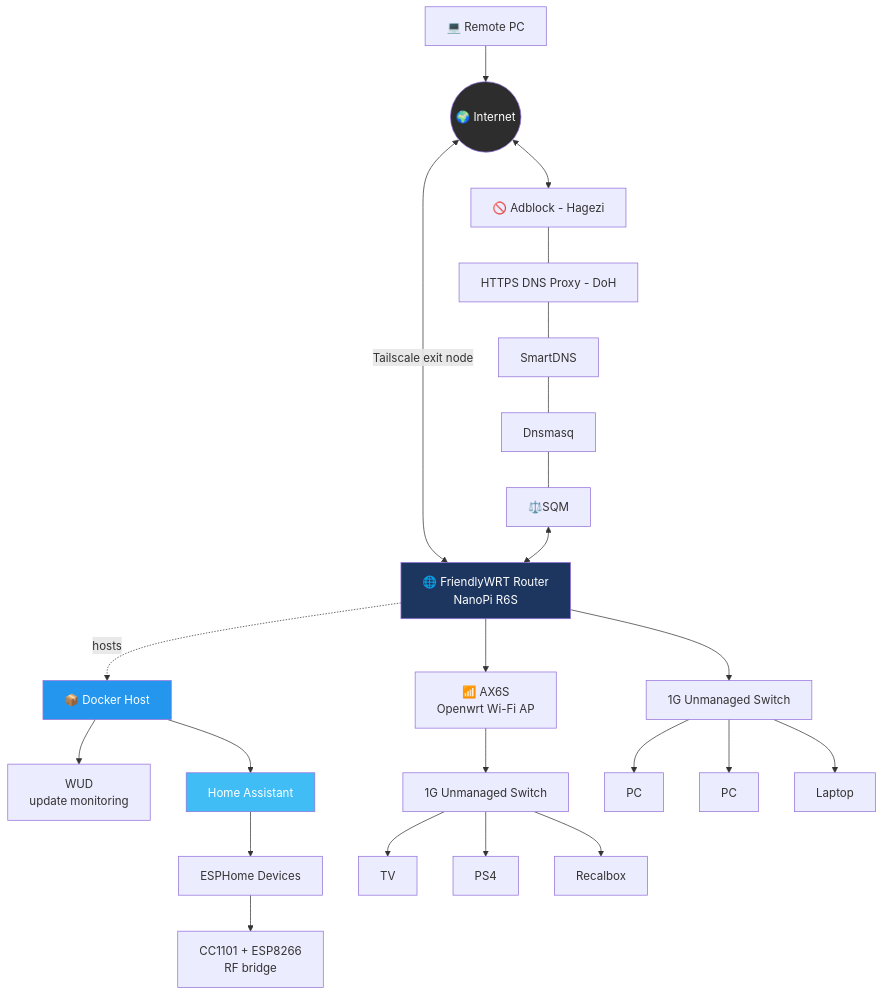
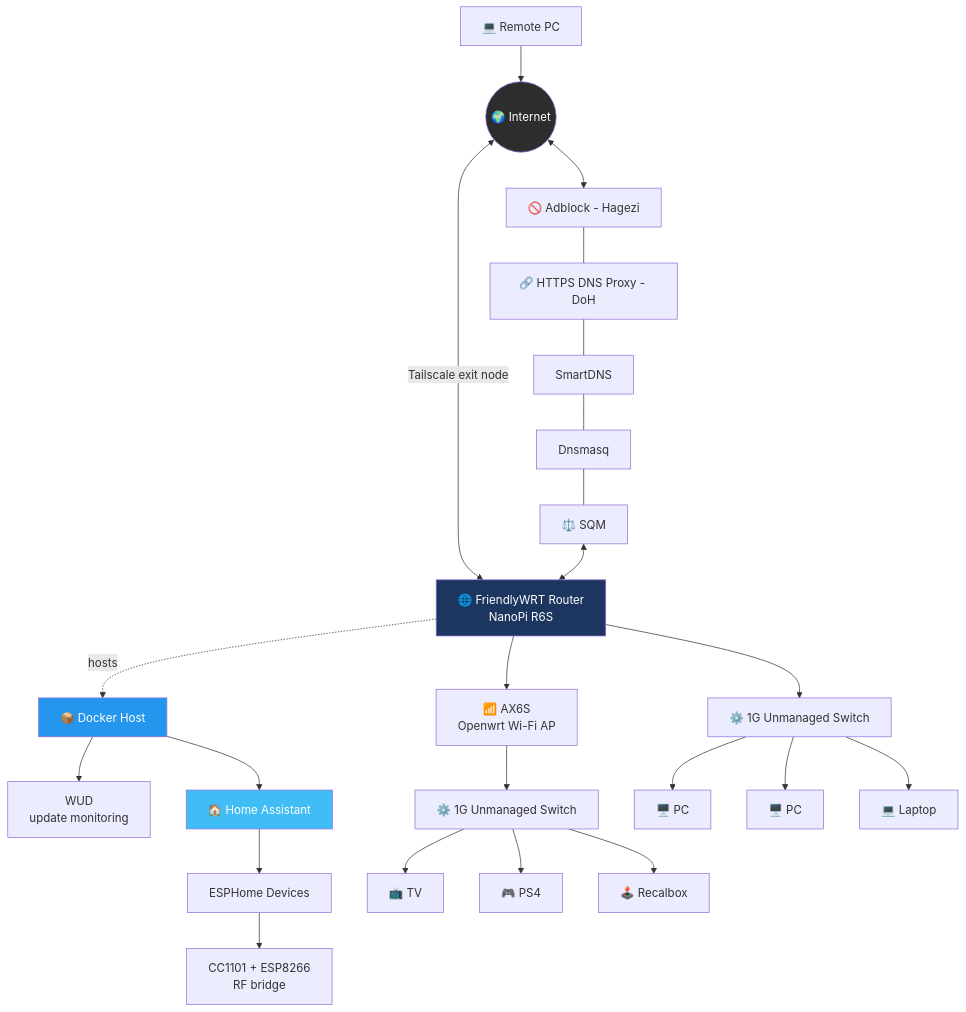
The diagram in README.md (anilgunduzz/myhomelab), drawn with Mermaid before and after one commit.

Commit message:
Update icons and labels in README diagram

````diff
--- a/README.md
+++ b/README.md
@@ -44,35 +44,35 @@
 ```mermaid
 flowchart TD
     NET(("🌍 Internet"))
     REMOTE["💻 Remote PC"] --> NET
     NET <-->|Tailscale exit node| R6S
 
     NET <--> ADB["🚫 Adblock - Hagezi"]
-    ADB --- DOH["HTTPS DNS Proxy - DoH"]
+    ADB --- DOH["🔗 HTTPS DNS Proxy - DoH"]
     DOH --- SDNS["SmartDNS"]
     SDNS --- DNSM["Dnsmasq"]
-    DNSM --- SQM["⚖️SQM"]
+    DNSM --- SQM["⚖️ SQM"]
     SQM <--> R6S["🌐 FriendlyWRT Router<br/>NanoPi R6S"]
 
     R6S -.->|hosts| DOCKER["📦 Docker Host"]
     DOCKER --> WUD["WUD<br/>update monitoring"]
-    DOCKER --> HA["Home Assistant"]
+    DOCKER --> HA["🏠 Home Assistant"]
     HA --> ESP["ESPHome Devices"]
     ESP --> RF["CC1101 + ESP8266<br/>RF bridge"]
 
     R6S --> AX6S["📶 AX6S<br/>Openwrt Wi-Fi AP"]
-    AX6S --> SW1["1G Unmanaged Switch"]
-    SW1 --> TV["TV"]
-    SW1 --> PS4["PS4"]
-    SW1 --> RECAL["Recalbox"]
+    AX6S --> SW1["⚙️ 1G Unmanaged Switch"]
+    SW1 --> TV["📺 TV"]
+    SW1 --> PS4["🎮 PS4"]
+    SW1 --> RECAL["🕹️ Recalbox"]
 
-    R6S --> SW2["1G Unmanaged Switch"]
-    SW2 --> PC1["PC"]
-    SW2 --> PC2["PC"]
-    SW2 --> LAP["Laptop"]
+    R6S --> SW2["⚙️ 1G Unmanaged Switch"]
+    SW2 --> PC1["🖥️ PC"]
+    SW2 --> PC2["🖥️ PC"]
+    SW2 --> LAP["💻 Laptop"]
 
     style R6S fill:#1D3660,color:#fff
     style DOCKER fill:#2496ED,color:#fff
     style HA fill:#41BDF5,color:#fff
     style NET fill:#2d2d2d,color:#fff
 ```
````
